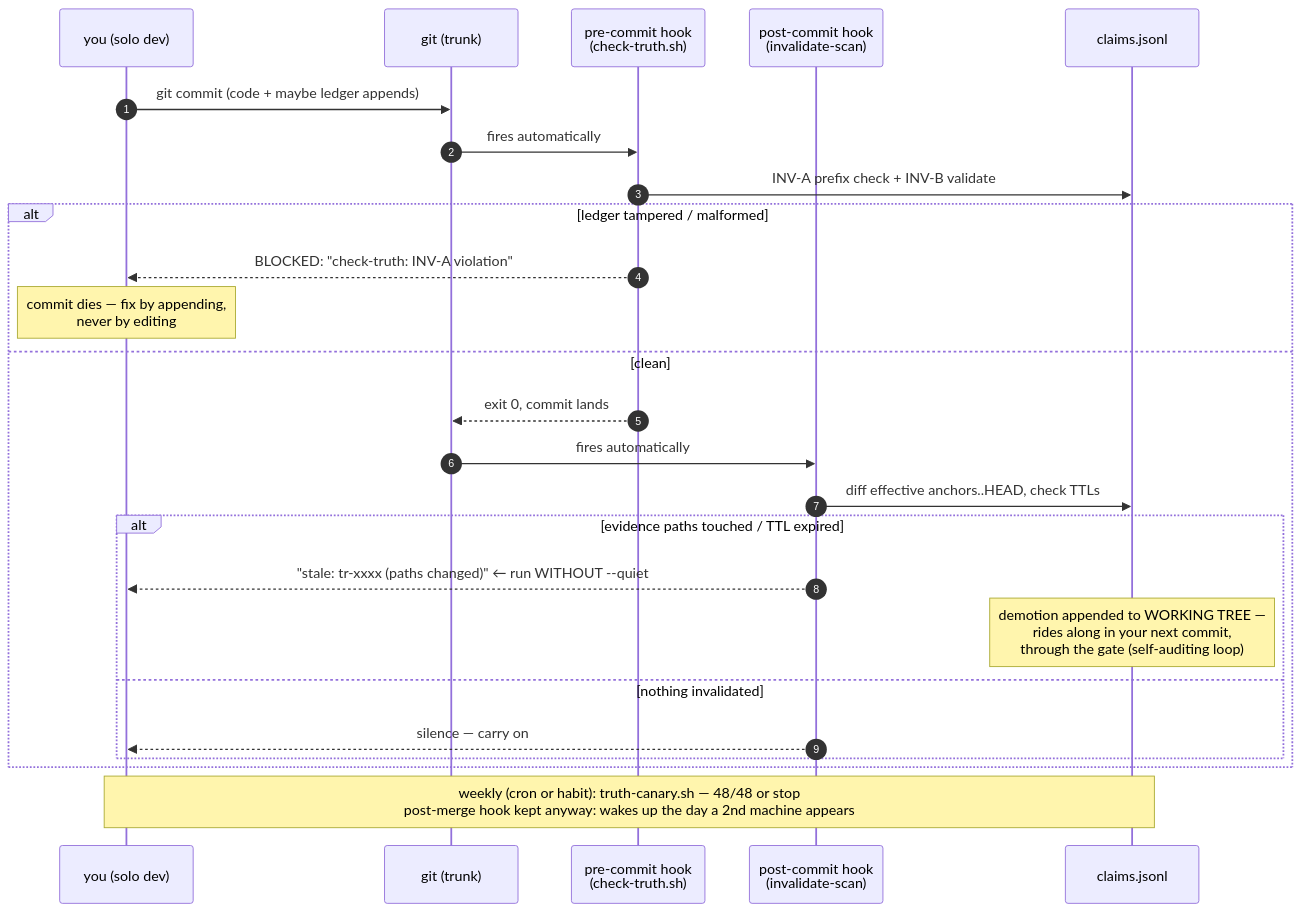
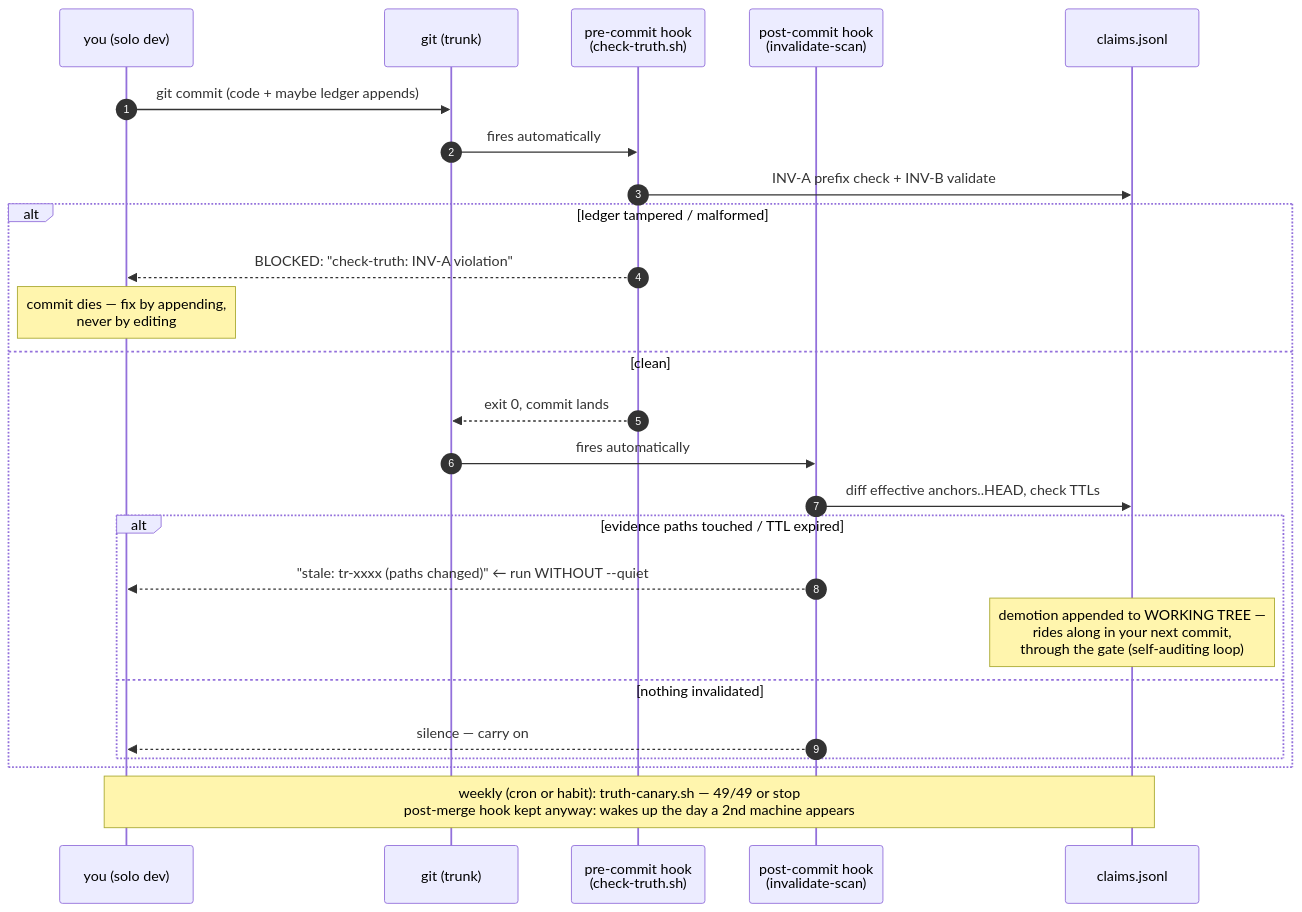
The second of 4 diagrams in docs/truth-ledger-operations-guide.md (m1981/truth-ledger), drawn with Mermaid before and after one commit. The commit also changed other lines of this file and 5 other files, not shown here.

````diff
--- a/docs/truth-ledger-operations-guide.md
+++ b/docs/truth-ledger-operations-guide.md
@@ -143,28 +143,28 @@
 ```mermaid
 sequenceDiagram
     autonumber
     participant D as you (solo dev)
     participant G as git (trunk)
     participant PC as pre-commit hook<br/>(check-truth.sh)
     participant POC as post-commit hook<br/>(invalidate-scan)
     participant L as claims.jsonl
 
     D->>G: git commit (code + maybe ledger appends)
     G->>PC: fires automatically
     PC->>L: INV-A prefix check + INV-B validate
     alt ledger tampered / malformed
         PC-->>D: BLOCKED: "check-truth: INV-A violation"
         Note over D: commit dies — fix by appending,<br/>never by editing
     else clean
         PC-->>G: exit 0, commit lands
         G->>POC: fires automatically
         POC->>L: diff effective anchors..HEAD, check TTLs
         alt evidence paths touched / TTL expired
             POC-->>D: "stale: tr-xxxx (paths changed)"  ← run WITHOUT --quiet
             Note over L: demotion appended to WORKING TREE —<br/>rides along in your next commit,<br/>through the gate (self-auditing loop)
         else nothing invalidated
             POC-->>D: silence — carry on
         end
     end
-    Note over D,L: weekly (cron or habit): truth-canary.sh — 48/48 or stop<br/>post-merge hook kept anyway: wakes up the day a 2nd machine appears
+    Note over D,L: weekly (cron or habit): truth-canary.sh — 49/49 or stop<br/>post-merge hook kept anyway: wakes up the day a 2nd machine appears
 ```
````
